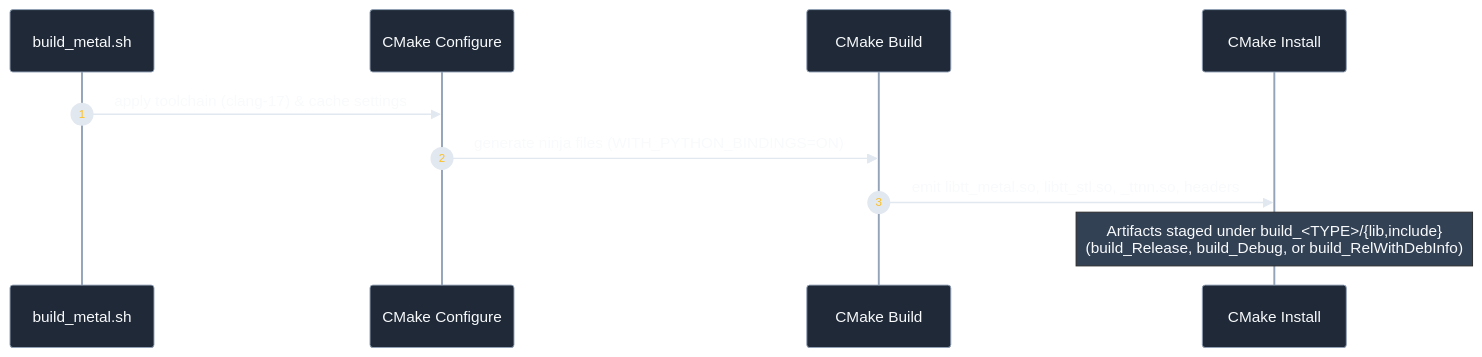
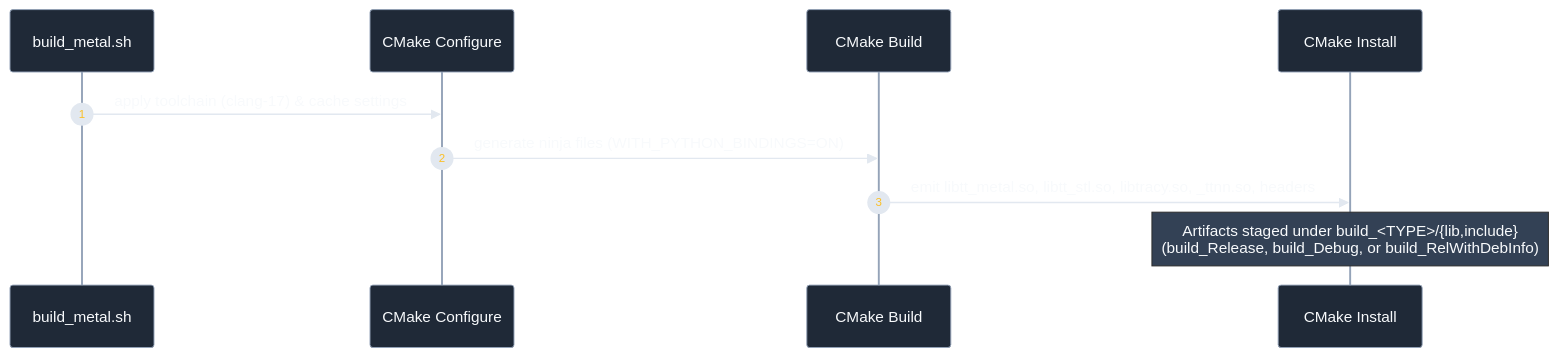
The third of 5 diagrams in docs/BuildFlow.md (tenstorrent/pytorch2.0_ttnn), drawn with Mermaid before and after one commit. The commit also changed other lines of this file and 3 other files, not shown here.

````diff
--- a/docs/BuildFlow.md
+++ b/docs/BuildFlow.md
@@ -127,14 +127,14 @@
 ```mermaid
 %%{init: {'theme':'base','themeVariables':{'background':'#0f172a','primaryColor':'#1f2937','primaryTextColor':'#f8fafc','primaryBorderColor':'#94a3b8','lineColor':'#e2e8f0','tertiaryColor':'#334155','actorTextColor':'#f8fafc','actorBorder':'#94a3b8','noteBkgColor':'#334155','noteTextColor':'#f8fafc','signalColor':'#e2e8f0','signalTextColor':'#f8fafc','loopTextColor':'#f8fafc','sequenceNumberColor':'#fbbf24','fontSize':'15px','fontFamily':'Inter, Arial, sans-serif'}}}%%
 sequenceDiagram
     autonumber
     participant Script as build_metal.sh
     participant Configure as CMake Configure
     participant Build as CMake Build
     participant Install as CMake Install
 
     Script->>Configure: apply toolchain (clang-17) & cache settings
     Configure->>Build: generate ninja files (WITH_PYTHON_BINDINGS=ON)
-    Build->>Install: emit libtt_metal.so, libtt_stl.so, _ttnn.so, headers
+    Build->>Install: emit libtt_metal.so, libtt_stl.so, libtracy.so, _ttnn.so, headers
     Note over Install: Artifacts staged under build_<TYPE>/{lib,include}<br/>(build_Release, build_Debug, or build_RelWithDebInfo)
 ```
````
